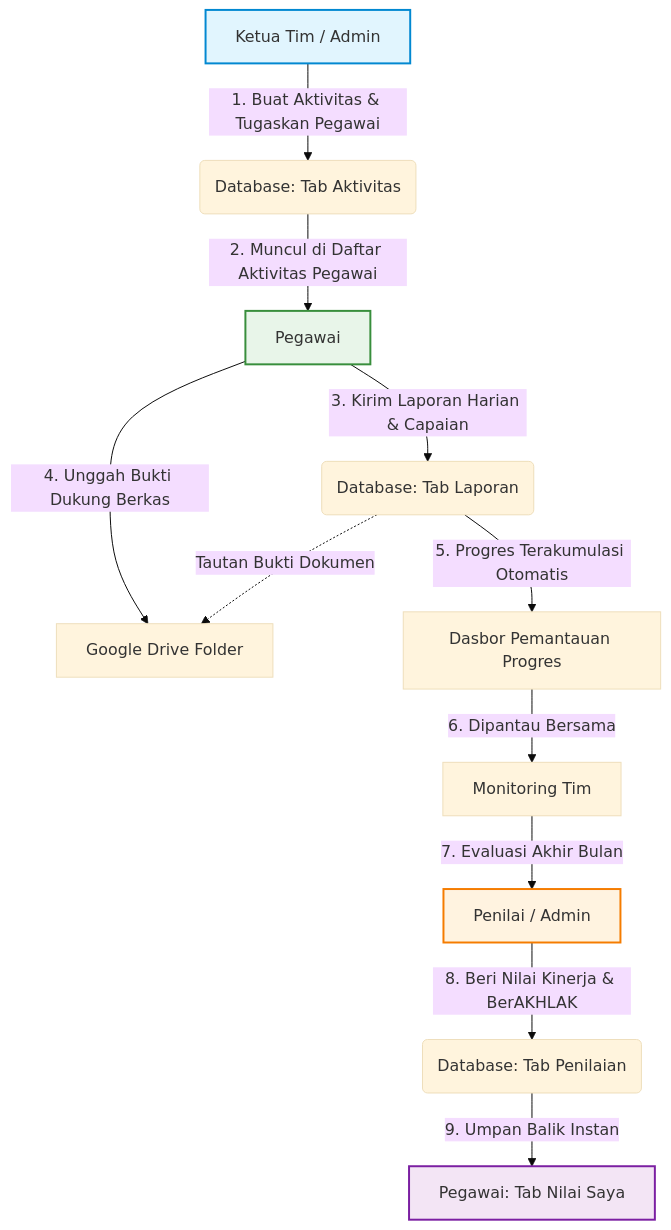
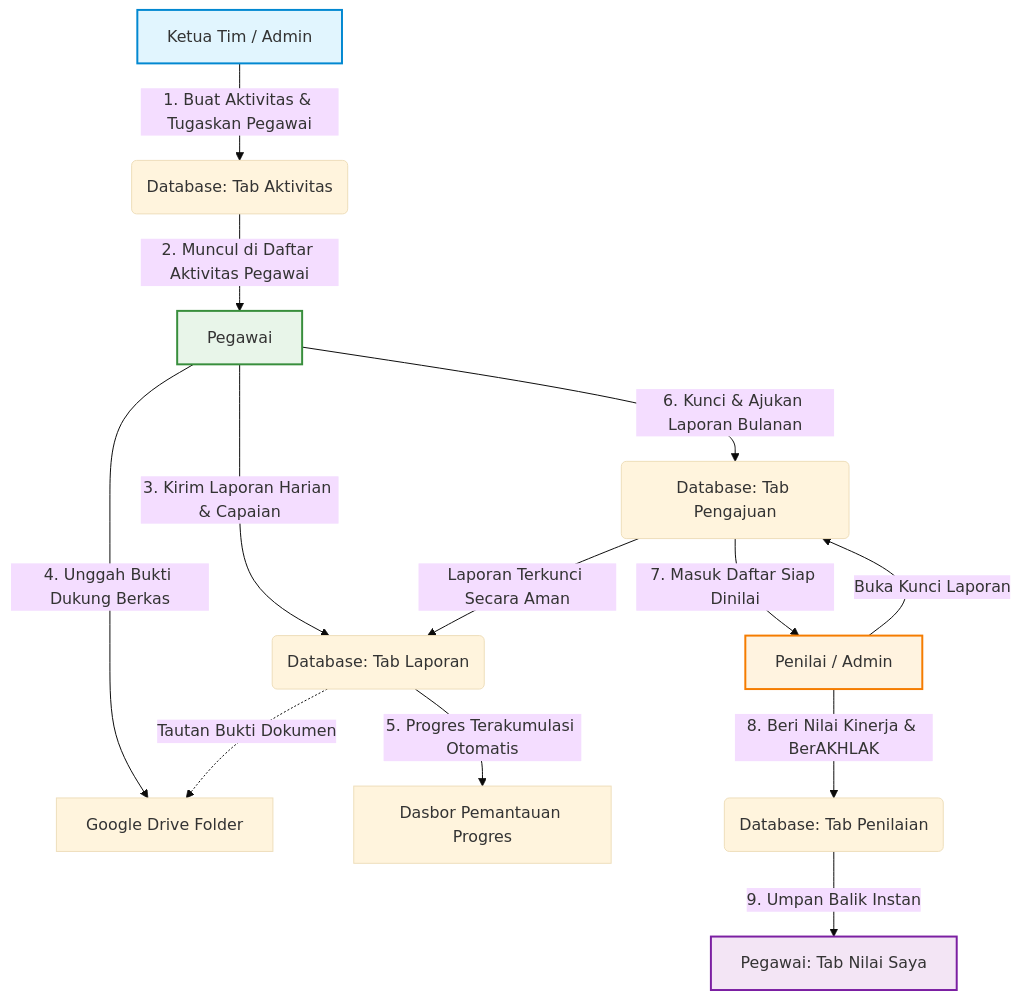
Before and after one commit to ipds6104/rebahan: the diagram in PANDUAN_ALUR_KERJA.md, drawn with Mermaid (base theme). The commit also changed other lines of this file and 2 other files, not shown here.

Commit message:
Implementasi Sistem Kunci & Ajukan Laporan Bulanan (Opsi 2)

````diff
--- a/PANDUAN_ALUR_KERJA.md
+++ b/PANDUAN_ALUR_KERJA.md
@@ -21,18 +21,26 @@
 ```mermaid
 graph TD
     A[Ketua Tim / Admin] -->|1. Buat Aktivitas & Tugaskan Pegawai| B(Database: Tab Aktivitas)
     B -->|2. Muncul di Daftar Aktivitas Pegawai| C[Pegawai]
     C -->|3. Kirim Laporan Harian & Capaian| D(Database: Tab Laporan)
     C -->|4. Unggah Bukti Dukung Berkas| E[Google Drive Folder]
     D -.->|Tautan Bukti Dokumen| E
     D -->|5. Progres Terakumulasi Otomatis| F[Dasbor Pemantauan Progres]
-    F -->|6. Dipantau Bersama| G[Monitoring Tim]
-    G -->|7. Evaluasi Akhir Bulan| H[Penilai / Admin]
+    
+    %% Alur Kunci Bulanan
+    C -->|6. Kunci & Ajukan Laporan Bulanan| G(Database: Tab Pengajuan)
+    G -->|Laporan Terkunci Secara Aman| D
+    
+    %% Alur Penilaian
+    G -->|7. Masuk Daftar Siap Dinilai| H[Penilai / Admin]
     H -->|8. Beri Nilai Kinerja & BerAKHLAK| I(Database: Tab Penilaian)
     I -->|9. Umpan Balik Instan| J[Pegawai: Tab Nilai Saya]
+    
+    %% Alur Pengembalian (Unlock)
+    H -->|Buka Kunci Laporan| G
     
     style A fill:#e1f5fe,stroke:#0288d1,stroke-width:2px
     style C fill:#e8f5e9,stroke:#388e3c,stroke-width:2px
     style H fill:#fff3e0,stroke:#f57c00,stroke-width:2px
     style J fill:#f3e5f5,stroke:#7b1fa2,stroke-width:2px
 ```
````
